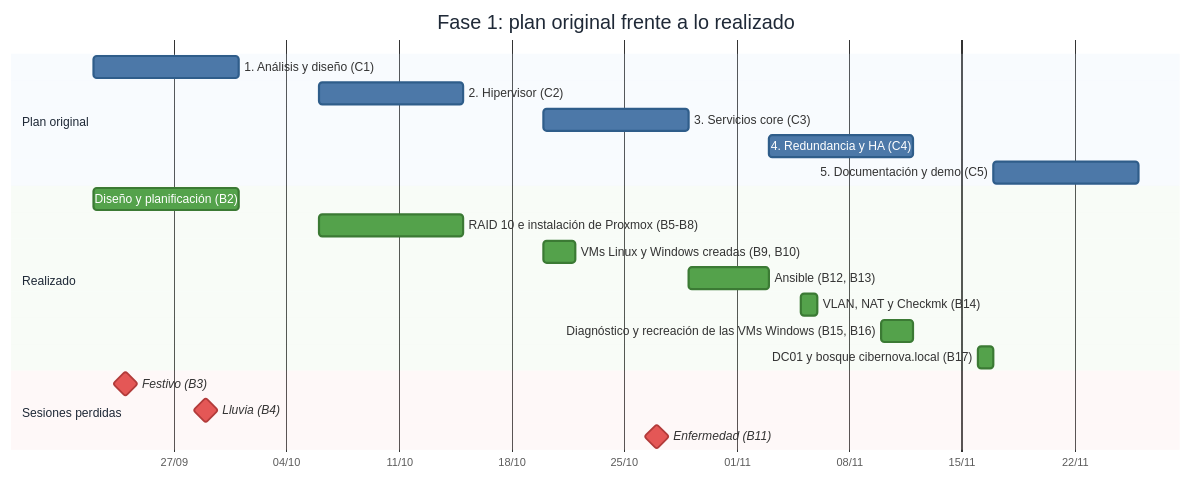
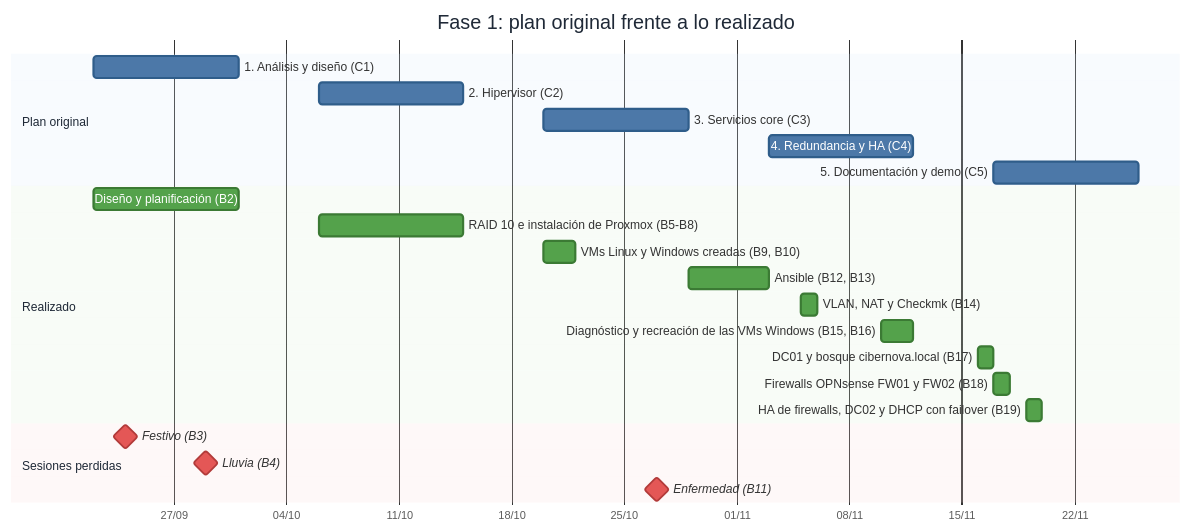
Before and after one commit to alex-gutierrezz/Proyecto-Intermodular-Berta-Sipek-Alex-Gutierrez: the first of 2 diagrams in docs/memoria-fase1.md, drawn with Mermaid. The commit also changed other lines of this file, not shown here.

Commit message:
docs: memoria de la Fase 1 con las sesiones del 17/11 y 19/11

````diff
--- a/docs/memoria-fase1.md
+++ b/docs/memoria-fase1.md
@@ -98,25 +99,27 @@
 ```mermaid
 %%{init: {'theme': 'base', 'themeVariables': {'taskBkgColor': '#4c78a8', 'taskBorderColor': '#2f5d8a', 'taskTextLightColor': '#ffffff', 'taskTextColor': '#ffffff', 'taskTextOutsideColor': '#333333', 'doneTaskBkgColor': '#54a24b', 'doneTaskBorderColor': '#3b7a34', 'taskTextDarkColor': '#ffffff', 'critBkgColor': '#e45756', 'critBorderColor': '#b23b3a', 'sectionBkgColor': '#dbe9f7', 'altSectionBkgColor': '#dcf0d8', 'sectionBkgColor2': '#f9dcdc', 'titleColor': '#1f2937'}}}%%
 gantt
     title Fase 1: plan original frente a lo realizado
     dateFormat YYYY-MM-DD
     axisFormat %d/%m
     section Plan original
     1. Análisis y diseño (C1)⠀⠀⠀⠀⠀⠀⠀⠀⠀⠀      :p1, 2026-09-22, 2026-10-01
     2. Hipervisor (C2)⠀⠀⠀⠀⠀⠀⠀⠀⠀⠀              :p2, 2026-10-06, 2026-10-15
     3. Servicios core (C3)⠀⠀⠀⠀⠀⠀⠀⠀⠀⠀          :p3, 2026-10-20, 2026-10-29
     4. Redundancia y HA (C4)        :p4, 2026-11-03, 2026-11-12
     5. Documentación y demo (C5)    :p5, 2026-11-17, 2026-11-26
     section Realizado
     Diseño y planificación (B2)     :done, r1, 2026-09-22, 2026-10-01
     RAID 10 e instalación de Proxmox (B5-B8) :done, r2, 2026-10-06, 2026-10-15
     VMs Linux y Windows creadas (B9, B10) :done, r3, 2026-10-20, 2026-10-22
     Ansible (B12, B13)⠀⠀⠀⠀⠀⠀⠀⠀⠀⠀               :done, r4, 2026-10-29, 2026-11-03
     VLAN, NAT y Checkmk (B14)        :done, r5, 2026-11-05, 1d
     Diagnóstico y recreación de las VMs Windows (B15, B16) :done, r6, 2026-11-10, 2026-11-12
     DC01 y bosque cibernova.local (B17) :done, r7, 2026-11-16, 1d
+    Firewalls OPNsense FW01 y FW02 (B18) :done, r8, 2026-11-17, 1d
+    HA de firewalls, DC02 y DHCP con failover (B19) :done, r9, 2026-11-19, 1d
     section Sesiones perdidas
     Festivo (B3)                    :crit, milestone, 2026-09-24, 0d
     Lluvia (B4)                     :crit, milestone, 2026-09-29, 0d
     Enfermedad (B11)                 :crit, milestone, 2026-10-27, 0d
 ```
````
